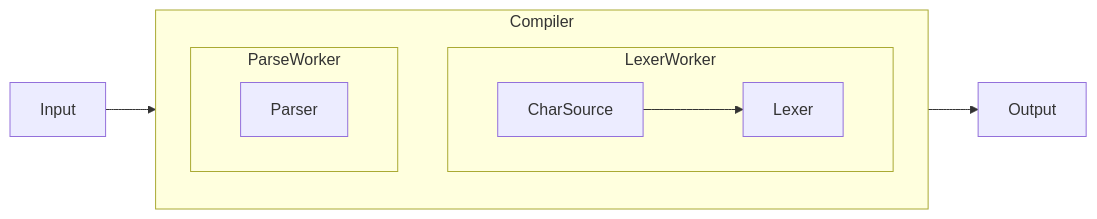
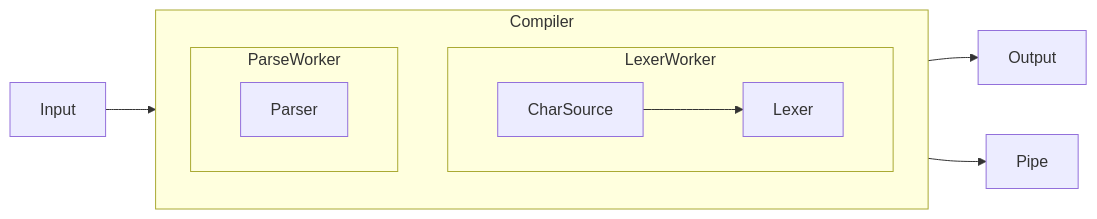
The diagram in README.md (Ramzeeset/Expression-Parser), drawn with Mermaid before and after one commit.

````diff
--- a/README.md
+++ b/README.md
@@ -7,13 +7,14 @@
 ```mermaid
 flowchart LR
   subgraph Compiler
     direction TB
     subgraph LexerWorker
         CharSource-->Lexer
     end
     subgraph ParseWorker
         Parser
     end
   end
   Input --> Compiler --> Output
+  LexerWorker-->Pipe
 ```
````
